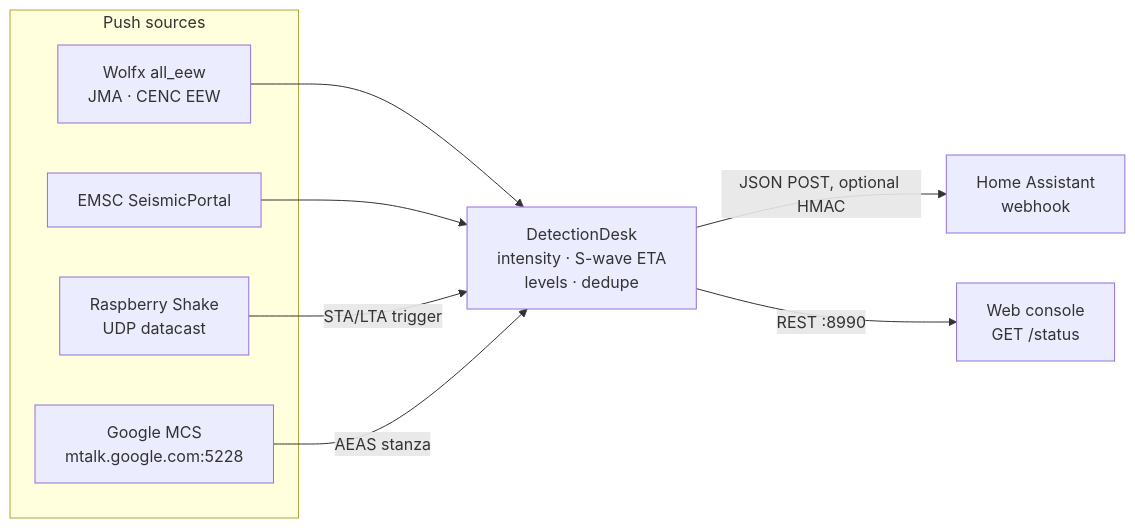
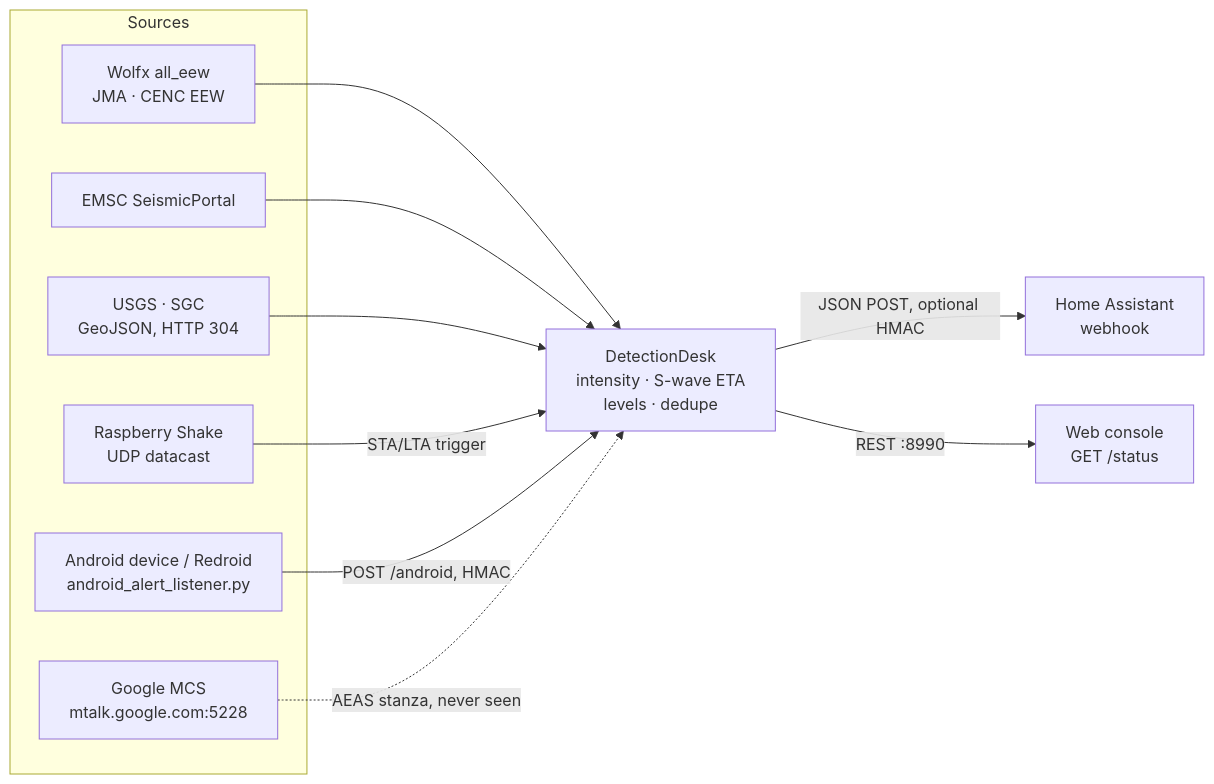
Before and after one commit to Juanipis/quake-alert-listener: the diagram in docs/HOW_IT_WORKS.md, drawn with Mermaid. The commit also changed other lines of this file and 4 other files, not shown here.

````diff
--- a/docs/HOW_IT_WORKS.md
+++ b/docs/HOW_IT_WORKS.md
@@ -14,18 +17,22 @@
 ```mermaid
 flowchart LR
-    subgraph Push sources
+    subgraph Sources
       W[Wolfx all_eew<br/>JMA · CENC EEW]
       E[EMSC SeismicPortal]
+      U[USGS · SGC<br/>GeoJSON, HTTP 304]
       S[Raspberry Shake<br/>UDP datacast]
+      A[Android device / Redroid<br/>android_alert_listener.py]
       G[Google MCS<br/>mtalk.google.com:5228]
     end
     D[DetectionDesk<br/>intensity · S-wave ETA<br/>levels · dedupe]
     HA[Home Assistant<br/>webhook]
     WEB[Web console<br/>GET /status]
     W --> D
     E --> D
+    U --> D
     S -- STA/LTA trigger --> D
-    G -- AEAS stanza --> D
+    A -- POST /android, HMAC --> D
+    G -. AEAS stanza, never seen .-> D
     D -- JSON POST, optional HMAC --> HA
     D -- REST :8990 --> WEB
 ```
````
